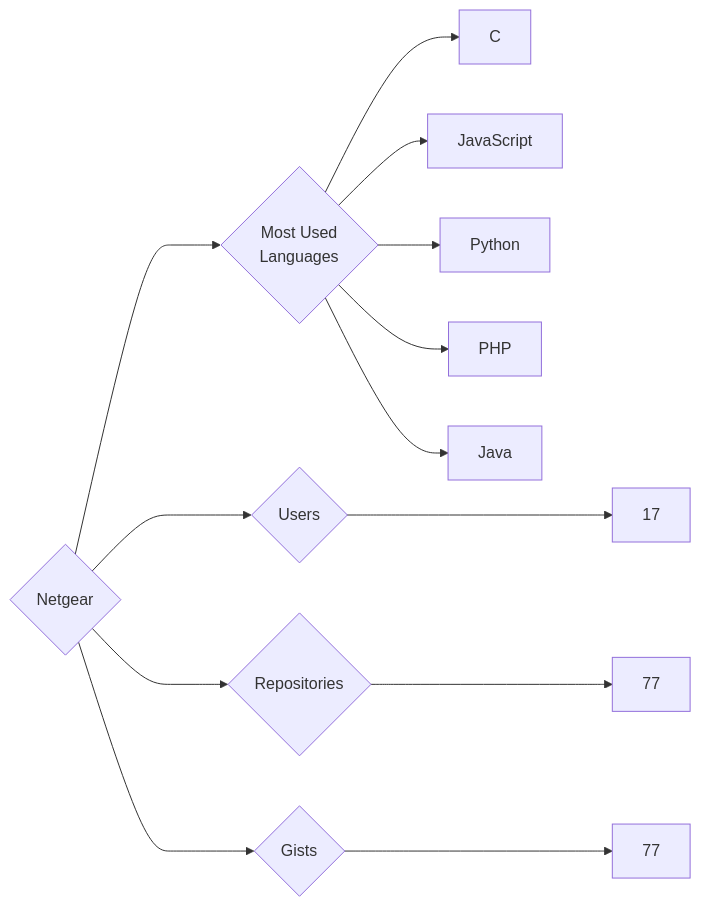
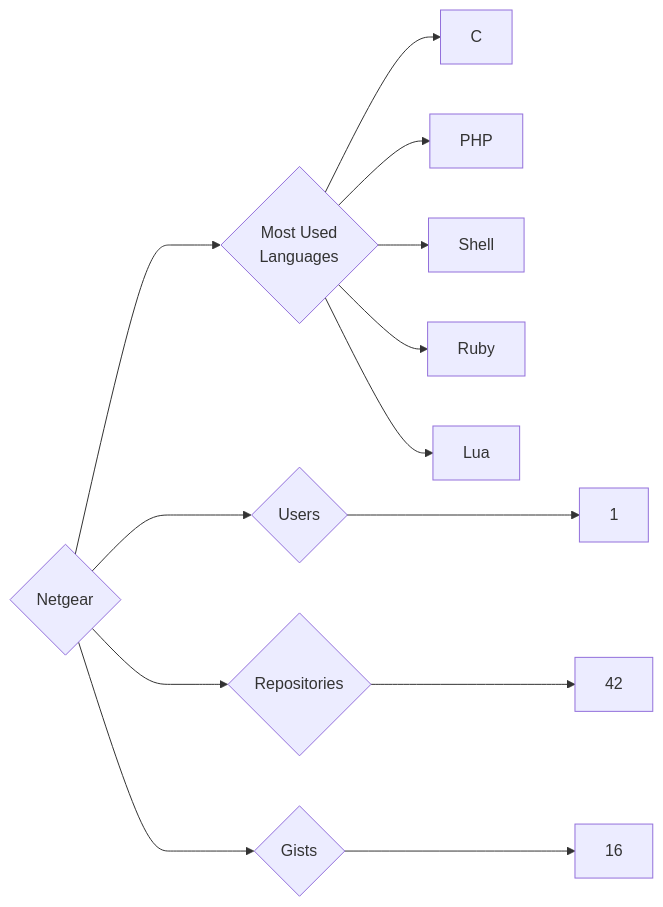
Before and after one commit to trickest/insiders: the diagram in targets/Netgear/README.md, drawn with Mermaid. The commit also changed 835 other files, not shown here.

````diff
--- a/targets/Netgear/README.md
+++ b/targets/Netgear/README.md
@@ -3,13 +3,13 @@
 ```mermaid
 graph LR
 COMPANY_NAME{Netgear}
-COMPANY_NAME ---> U{Users} ---> UN[17]
-COMPANY_NAME ---> R{Repositories} ---> RN[77]
-COMPANY_NAME ---> G{Gists} ---> GN[77]
+COMPANY_NAME ---> U{Users} ---> UN[1]
+COMPANY_NAME ---> R{Repositories} ---> RN[42]
+COMPANY_NAME ---> G{Gists} ---> GN[16]
 COMPANY_NAME ---> ML{Most Used<br>Languages}
 ML --> C[C]
-ML --> JavaScript[JavaScript]
-ML --> Python[Python]
 ML --> PHP[PHP]
-ML --> Java[Java]
+ML --> Shell[Shell]
+ML --> Ruby[Ruby]
+ML --> Lua[Lua]
 ```
````
